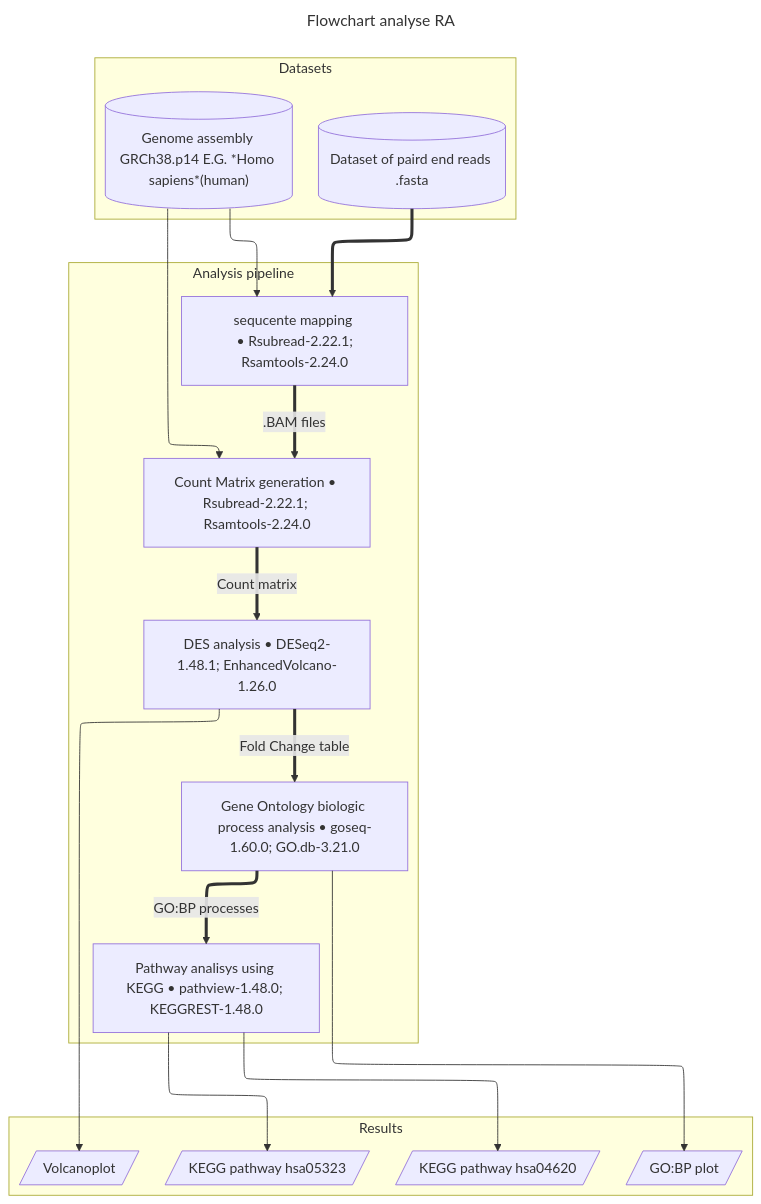
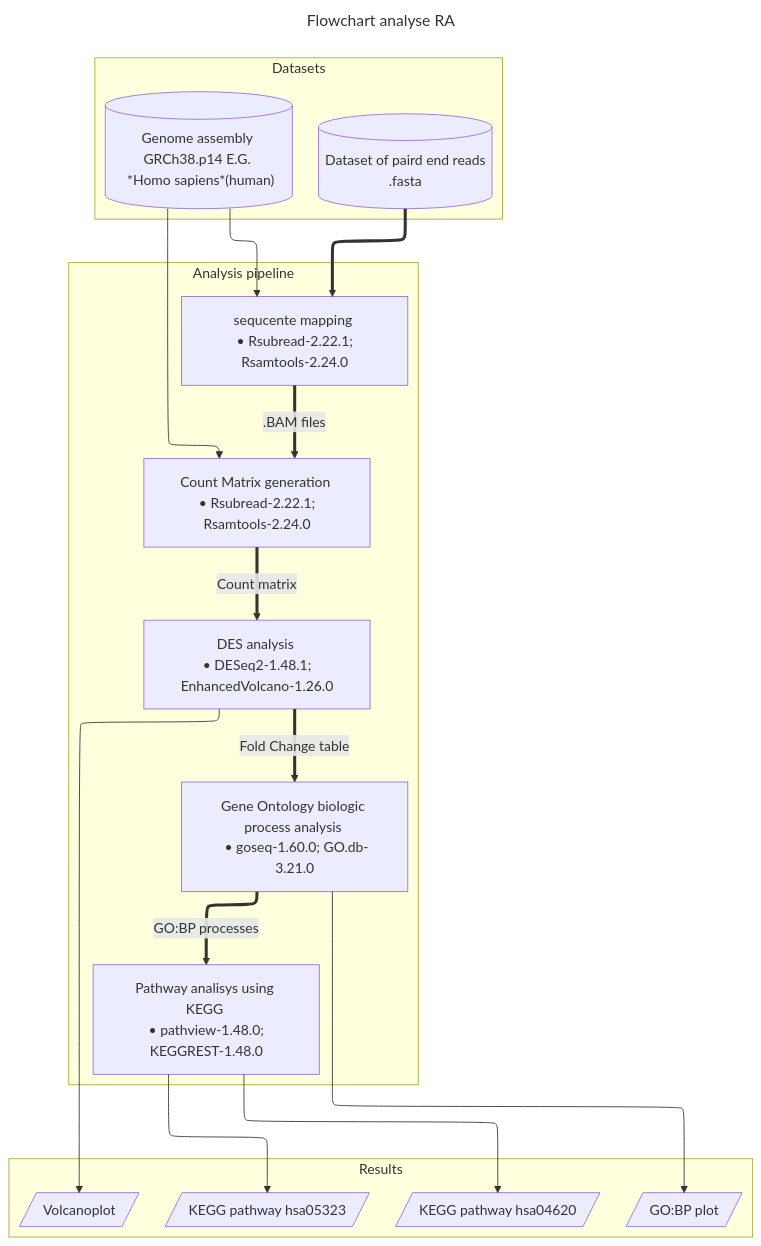
Before and after one commit to Quantum-Coder826/J2P4casusTranscriptomics: the diagram in README.md, drawn with Mermaid.

Commit message:
Added more <br> tags to document

````diff
--- a/README.md
+++ b/README.md
@@ -55,45 +55,45 @@
 ``` mermaid
 ---
 config:
   flowchart:
     defaultRenderer: elk
 title: Flowchart analyse RA 
 ---
 flowchart-elk TB
   subgraph thee [Datasets]
-    HG38[("Genome assembly GRCh38.p14 E.G. *Homo sapiens*(human)")]
-    dataset[("Dataset of paird end reads .fasta")]
+    HG38[("Genome assembly GRCh38.p14 E.G. <br> *Homo sapiens*(human)")]
+    dataset[("Dataset of paird end reads <br> .fasta")]
   end
   
   subgraph one [Analysis pipeline]
     HG38 --> seq_map
     HG38 --> matrix
     
     dataset ==> seq_map
     
     seq_map["sequcente mapping <br> • Rsubread-2.22.1; Rsamtools-2.24.0"] ==>|".BAM files"| matrix
-    matrix["Count Matrix generation • Rsubread-2.22.1; Rsamtools-2.24.0"] ==>|"Count matrix"| data_ana
-    data_ana["DES analysis • DESeq2-1.48.1; EnhancedVolcano-1.26.0"] ==>|"Fold Change table"| GO_ana
-    GO_ana["Gene Ontology biologic process analysis • goseq-1.60.0; GO.db-3.21.0"] ==>|"GO:BP processes"| KEGG_ana
-    KEGG_ana["Pathway analisys using KEGG • pathview-1.48.0; KEGGREST-1.48.0"]
+    matrix["Count Matrix generation <br> • Rsubread-2.22.1; Rsamtools-2.24.0"] ==>|"Count matrix"| data_ana
+    data_ana["DES analysis <br> • DESeq2-1.48.1; EnhancedVolcano-1.26.0"] ==>|"Fold Change table"| GO_ana
+    GO_ana["Gene Ontology biologic process analysis <br> • goseq-1.60.0; GO.db-3.21.0"] ==>|"GO:BP processes"| KEGG_ana
+    KEGG_ana["Pathway analisys using KEGG <br> • pathview-1.48.0; KEGGREST-1.48.0"]
   end
   
   subgraph two [Results]
     GO_ana ---> GO_plot[/"GO:BP plot"/]
     KEGG_ana ---> KEGG_hsa05323[/"KEGG pathway hsa05323"/]
     KEGG_ana ---> KEGG_hsa04620[/"KEGG pathway hsa04620"/]
     data_ana ---> Volcano[/"Volcanoplot"/]
   end
   
   click HG38 "https://www.ncbi.nlm.nih.gov/datasets/genome/GCF_000001405.40/"
   click seq_map "https://github.com/Quantum-Coder826/J2P4casusTranscriptomics/blob/main/scripts/seq_mapping.R"
   click matrix "https://github.com/Quantum-Coder826/J2P4casusTranscriptomics/blob/main/scripts/count_matrix.R"
   click data_ana "https://github.com/Quantum-Coder826/J2P4casusTranscriptomics/blob/main/scripts/data_ana.R"
   click GO_ana "https://github.com/Quantum-Coder826/J2P4casusTranscriptomics/blob/main/scripts/GO_analysis.R"
   click KEGG_ana "https://github.com/Quantum-Coder826/J2P4casusTranscriptomics/blob/main/scripts/KEGG_analysis.R"
   click GO_plot "https://github.com/Quantum-Coder826/J2P4casusTranscriptomics/#Fig2"
   click KEGG_hsa05323 "https://github.com/Quantum-Coder826/J2P4casusTranscriptomics/#Fig3"
   click KEGG_hsa04620 "https://github.com/Quantum-Coder826/J2P4casusTranscriptomics/#Fig4"
   click Volcano "https://github.com/Quantum-Coder826/J2P4casusTranscriptomics/#Fig1"
   click dataset "https://github.com/Quantum-Coder826/J2P4casusTranscriptomics/tree/main/dataset"
 ```
````
